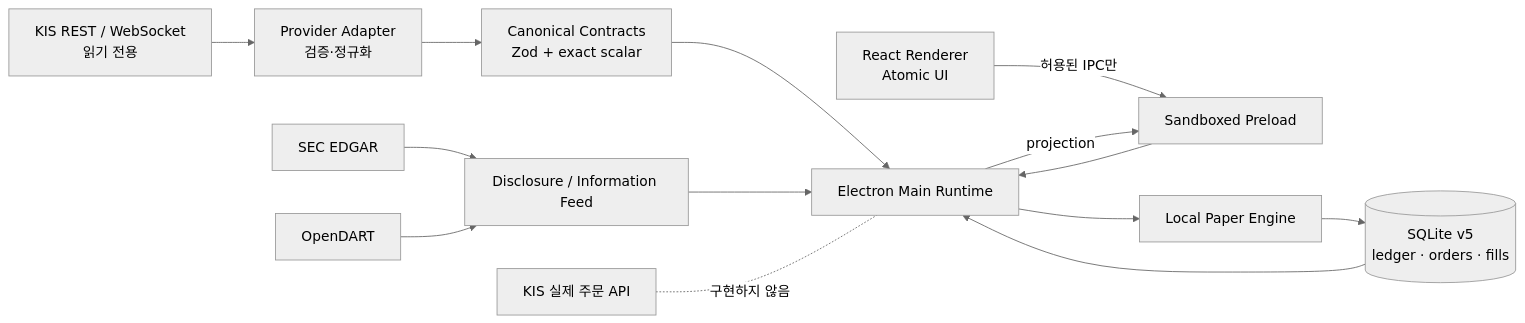
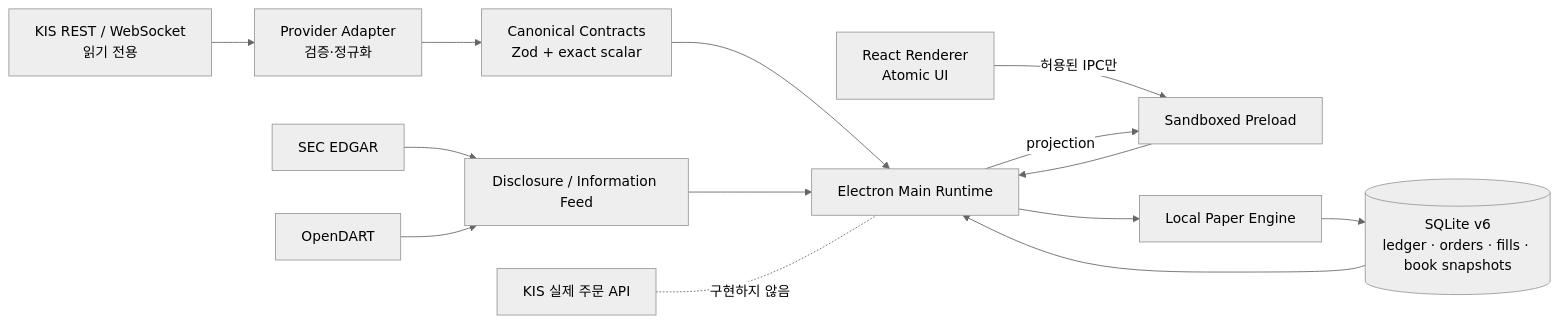
Before and after one commit to dblekw87/paperflow-personal-hts: the diagram in README.md, drawn with Mermaid (neutral theme). The commit also changed other lines of this file and 30 other files, not shown here.

````diff
--- a/README.md
+++ b/README.md
@@ -147,20 +150,20 @@
 ```mermaid
 flowchart LR
     KIS["KIS REST / WebSocket<br/>읽기 전용"] --> ADAPTER["Provider Adapter<br/>검증·정규화"]
     SEC["SEC EDGAR"] --> INFO["Disclosure / Information Feed"]
     DART["OpenDART"] --> INFO
 
     ADAPTER --> CONTRACT["Canonical Contracts<br/>Zod + exact scalar"]
     CONTRACT --> RUNTIME["Electron Main Runtime"]
     INFO --> RUNTIME
 
     UI["React Renderer<br/>Atomic UI"] -->|허용된 IPC만| PRELOAD["Sandboxed Preload"]
     PRELOAD --> RUNTIME
     RUNTIME -->|projection| PRELOAD
 
     RUNTIME --> ENGINE["Local Paper Engine"]
-    ENGINE --> DB[("SQLite v5<br/>ledger · orders · fills")]
+    ENGINE --> DB[("SQLite v6<br/>ledger · orders · fills · book snapshots")]
     DB --> RUNTIME
 
     BLOCKED["KIS 실제 주문 API"] -. "구현하지 않음" .- RUNTIME
 ```
````
